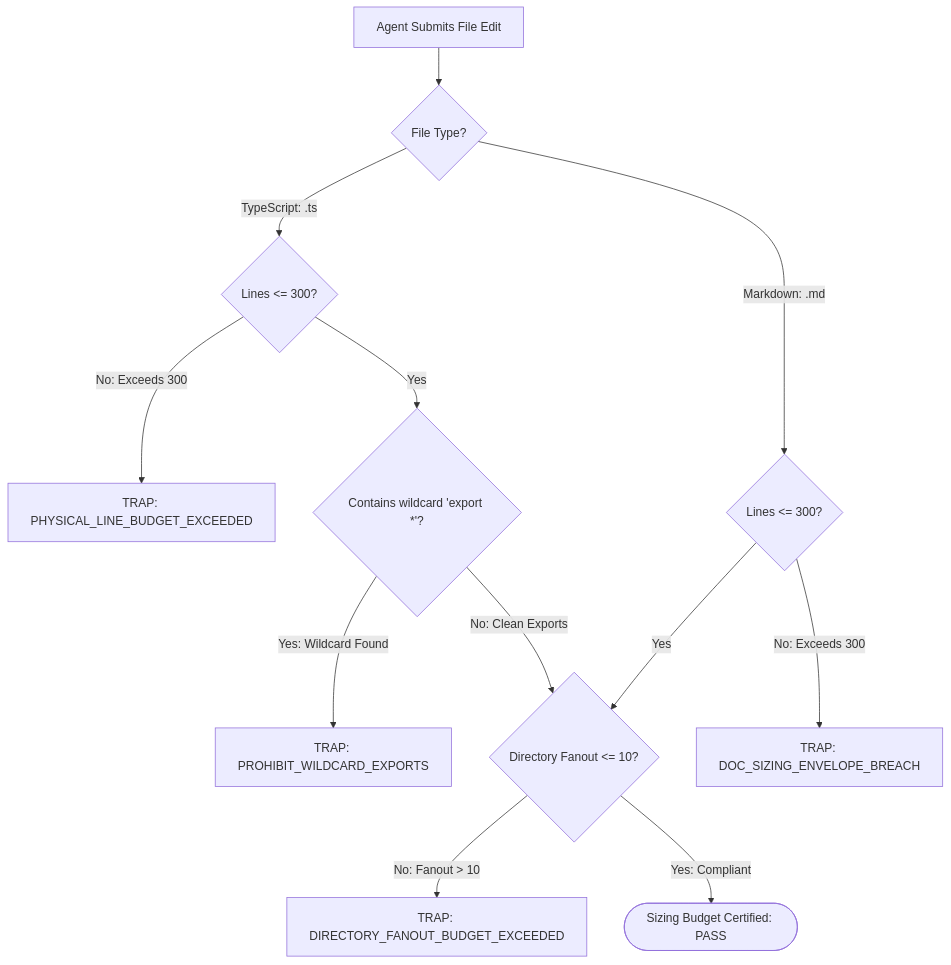
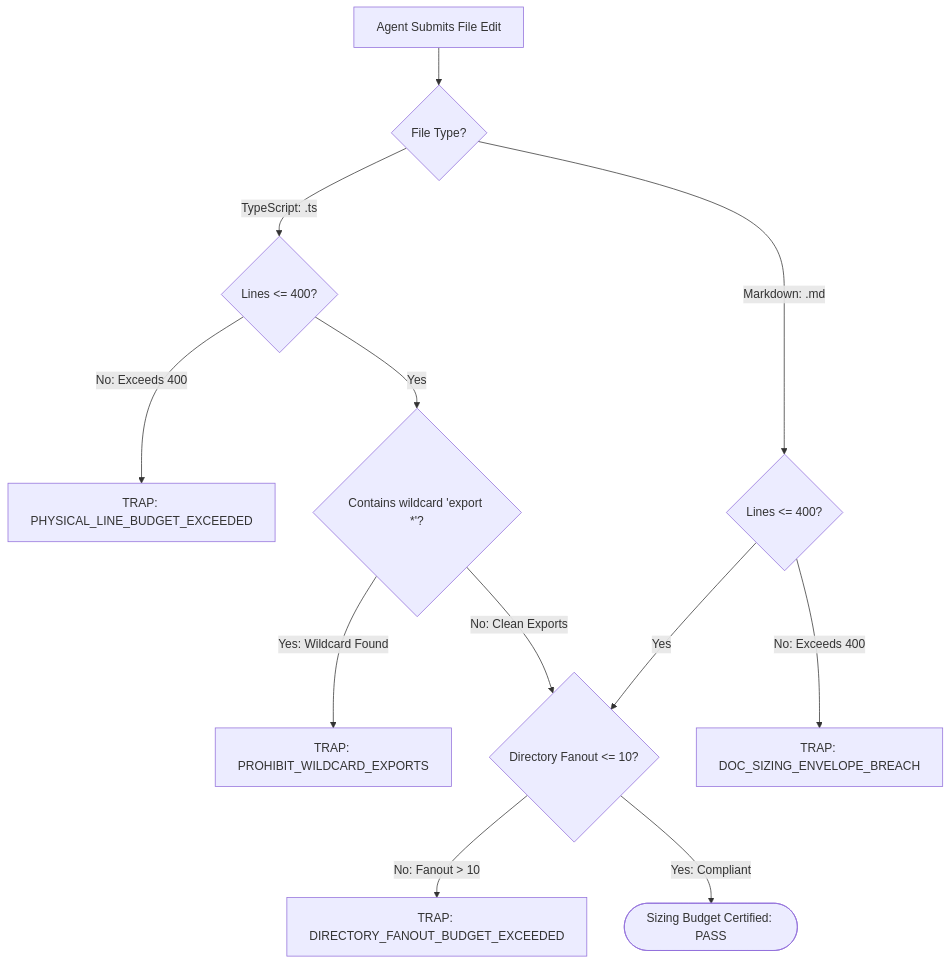
One commit to onurseckin/skills changed the diagram in docs/olt/architecture/02-four-tier-hierarchy/02-04-modular-file-and-directory-budgets.md. Above: the diagram before and after it, drawn with Mermaid. The commit also changed other lines of this file and 912 other files, not shown here.

````diff
--- a/docs/olt/architecture/02-four-tier-hierarchy/02-04-modular-file-and-directory-budgets.md
+++ b/docs/olt/architecture/02-four-tier-hierarchy/02-04-modular-file-and-directory-budgets.md
@@ -70,14 +70,14 @@
 ```mermaid
 flowchart TD
     FileEdit[Agent Submits File Edit] --> TypeCheck{File Type?}
-    TypeCheck -->|TypeScript: .ts| CheckTSLines{Lines <= 300?}
-    CheckTSLines -->|No: Exceeds 300| TrapTSLimit[TRAP: PHYSICAL_LINE_BUDGET_EXCEEDED]
+    TypeCheck -->|TypeScript: .ts| CheckTSLines{Lines <= 400?}
+    CheckTSLines -->|No: Exceeds 400| TrapTSLimit[TRAP: PHYSICAL_LINE_BUDGET_EXCEEDED]
     CheckTSLines -->|Yes| CheckExports{Contains wildcard 'export *'?}
     CheckExports -->|Yes: Wildcard Found| TrapWildcard[TRAP: PROHIBIT_WILDCARD_EXPORTS]
     CheckExports -->|No: Clean Exports| CheckDirFanout
-    TypeCheck -->|Markdown: .md| CheckDocLines{Lines <= 300?}
-    CheckDocLines -->|No: Exceeds 300| TrapDocLimit[TRAP: DOC_SIZING_ENVELOPE_BREACH]
+    TypeCheck -->|Markdown: .md| CheckDocLines{Lines <= 400?}
+    CheckDocLines -->|No: Exceeds 400| TrapDocLimit[TRAP: DOC_SIZING_ENVELOPE_BREACH]
     CheckDocLines -->|Yes| CheckDirFanout{Directory Fanout <= 10?}
     CheckDirFanout -->|No: Fanout > 10| TrapFanout[TRAP: DIRECTORY_FANOUT_BUDGET_EXCEEDED]
     CheckDirFanout -->|Yes: Compliant| PassAll([Sizing Budget Certified: PASS])
 ```
````
